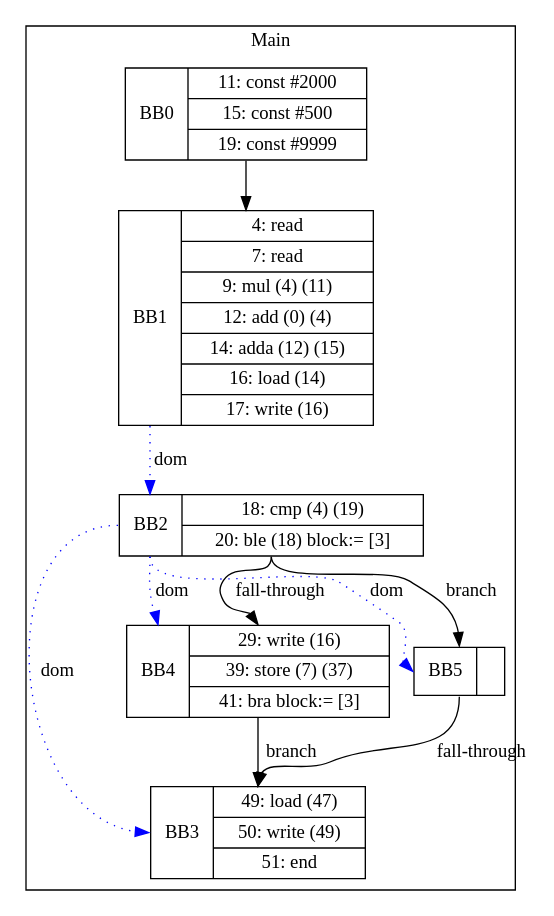
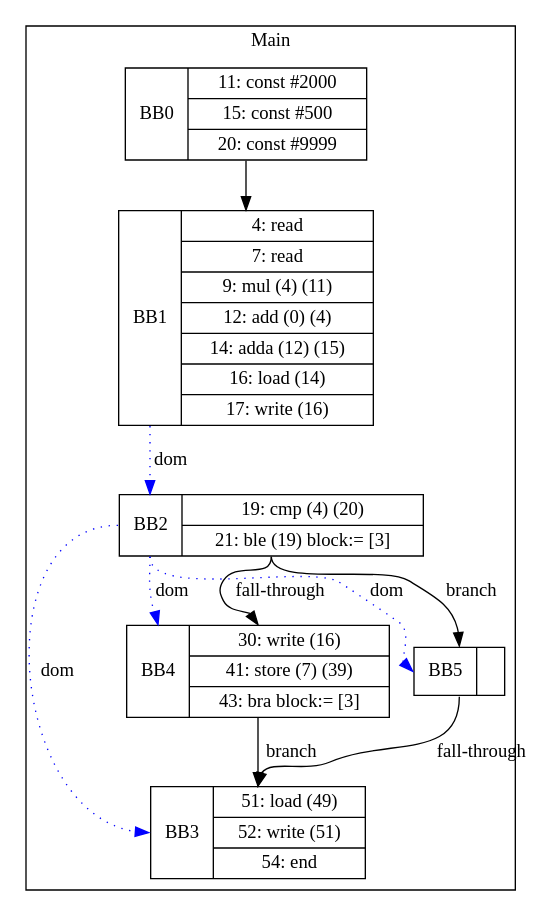
Before and after one commit to zjc664656505/UCI-CS241-Advanced-Compiler-main: the diagram in visualization/phillip/arrays/ifJoinKill.gv, drawn with Graphviz. The commit also changed 55 other files, not shown here.

```diff
--- a/visualization/phillip/arrays/ifJoinKill.gv
+++ b/visualization/phillip/arrays/ifJoinKill.gv
@@ -1,21 +1,21 @@
 digraph G {
 node [shape=record];
 subgraph cluster_main{
 label = "Main";
-BB0 [shape=record, label="<b>BB0|{11: const #2000|15: const #500|19: const #9999}"];
+BB0 [shape=record, label="<b>BB0|{11: const #2000|15: const #500|20: const #9999}"];
 BB1 [shape=record, label="<b>BB1|{4: read|7: read|9: mul (4) (11)|12: add (0) (4)|14: adda (12) (15)|16: load (14)|17: write (16)}"];
-BB2 [shape=record, label="<b>BB2|{18: cmp (4) (19)|20: ble (18) block:= [3]}"];
-BB3 [shape=record, label="<b>BB3|{49: load (47)|50: write (49)|51: end}"];
-BB4 [shape=record, label="<b>BB4|{29: write (16)|39: store (7) (37)|41: bra block:= [3]}"];
+BB2 [shape=record, label="<b>BB2|{19: cmp (4) (20)|21: ble (19) block:= [3]}"];
+BB3 [shape=record, label="<b>BB3|{51: load (49)|52: write (51)|54: end}"];
+BB4 [shape=record, label="<b>BB4|{30: write (16)|41: store (7) (39)|43: bra block:= [3]}"];
 BB5 [shape=record, label="<b>BB5|}"];
 }
 BB0:s -> BB1:n ;
 BB2:b -> BB3:b [color=blue, style=dotted, label="dom"];
 BB2:b -> BB4:b [color=blue, style=dotted, label="dom"];
 BB1:b -> BB2:b [color=blue, style=dotted, label="dom"];
 BB2:b -> BB5:b [color=blue, style=dotted, label="dom"];
 BB2:s -> BB5:n [label="branch"];
 BB4:s -> BB3:n [label="branch"];
 BB5:s -> BB3:n [label="fall-through"];
 BB2:s -> BB4:n [label="fall-through"];
 }
```
